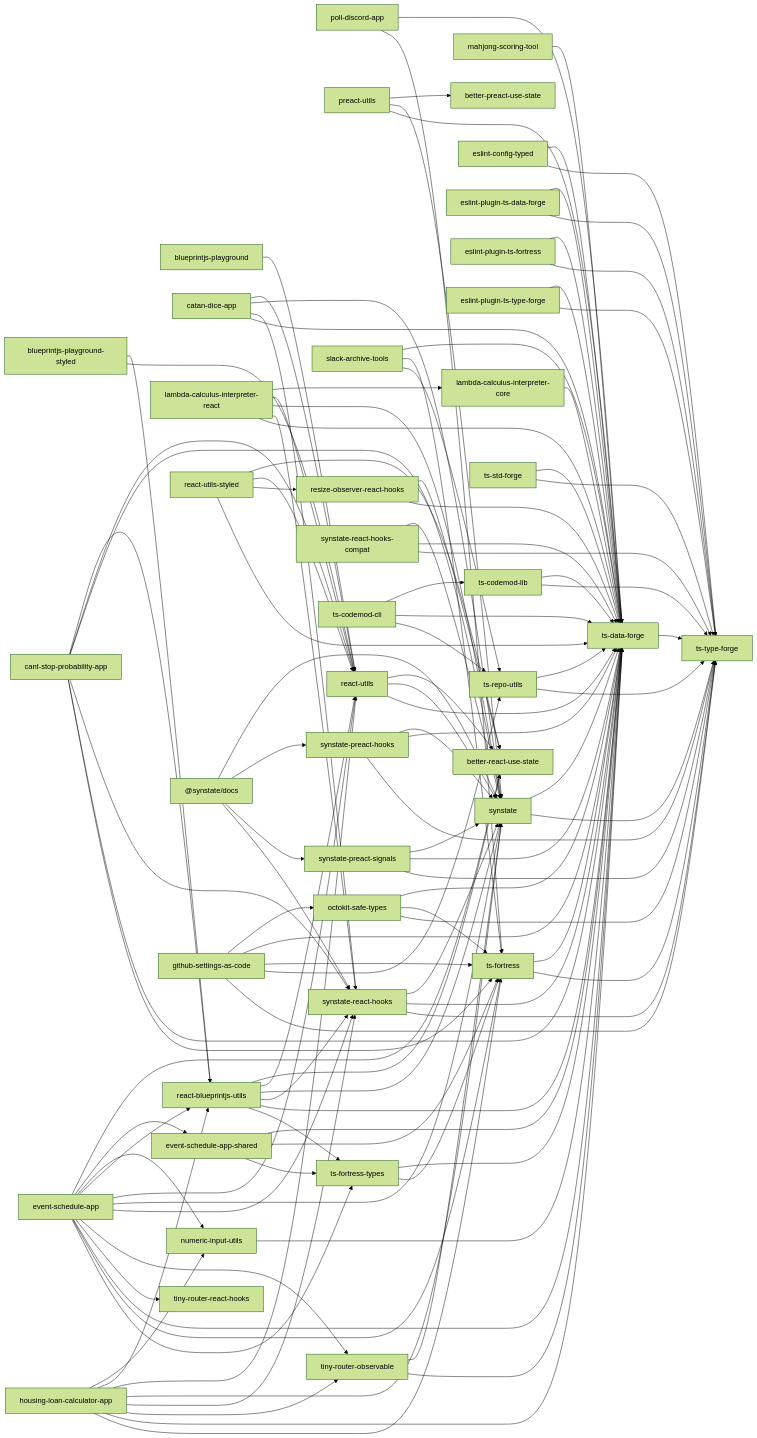
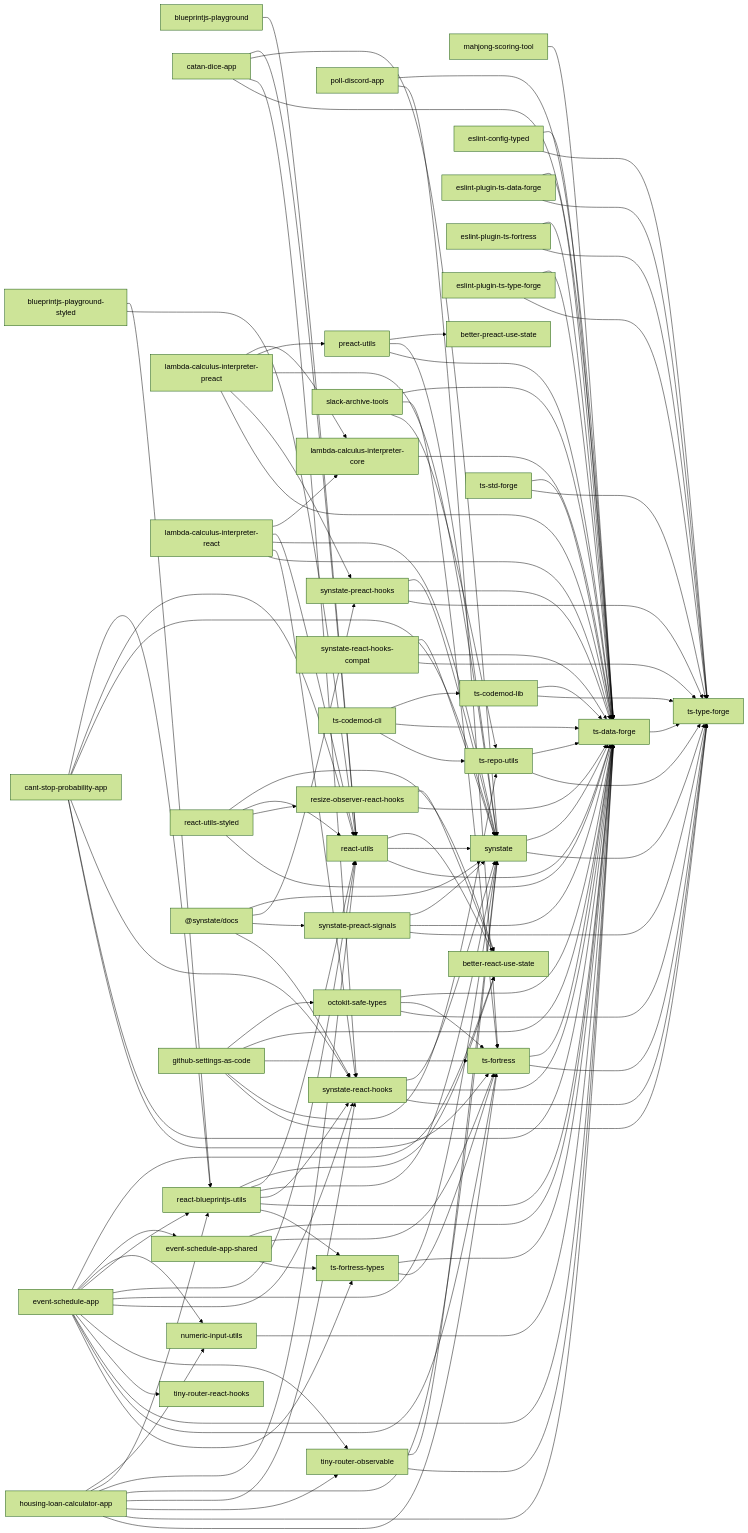
Before and after one commit to noshiro-pf/mono: the diagram in docs/package-dependencies.md, drawn with Mermaid (forest theme). The commit also changed other lines of this file and 51 other files, not shown here.

First line of the commit message:
feat: restore lambda-calculus-interpreter-preact from experimental/

```diff
--- a/docs/package-dependencies.md
+++ b/docs/package-dependencies.md
@@ -20,6 +20,7 @@
   event_schedule_app_shared["event-schedule-app-shared"]
   housing_loan_calculator_app["housing-loan-calculator-app"]
   lambda_calculus_interpreter_core["lambda-calculus-interpreter-core"]
+  lambda_calculus_interpreter_preact["lambda-calculus-interpreter-preact"]
   lambda_calculus_interpreter_react["lambda-calculus-interpreter-react"]
   mahjong_scoring_tool["mahjong-scoring-tool"]
   numeric_input_utils["numeric-input-utils"]
@@ -91,6 +92,11 @@
   housing_loan_calculator_app --> ts_data_forge
   housing_loan_calculator_app --> ts_fortress
   lambda_calculus_interpreter_core --> ts_data_forge
+  lambda_calculus_interpreter_preact --> lambda_calculus_interpreter_core
+  lambda_calculus_interpreter_preact --> preact_utils
+  lambda_calculus_interpreter_preact --> synstate
+  lambda_calculus_interpreter_preact --> synstate_preact_hooks
+  lambda_calculus_interpreter_preact --> ts_data_forge
   lambda_calculus_interpreter_react --> lambda_calculus_interpreter_core
   lambda_calculus_interpreter_react --> react_utils
   lambda_calculus_interpreter_react --> synstate
```
